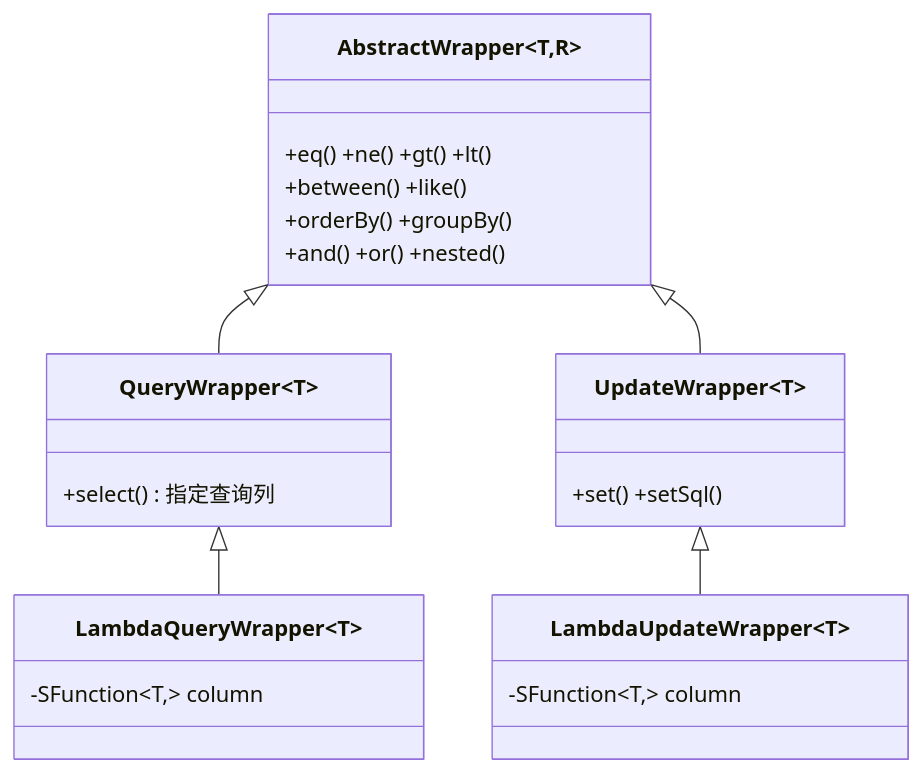
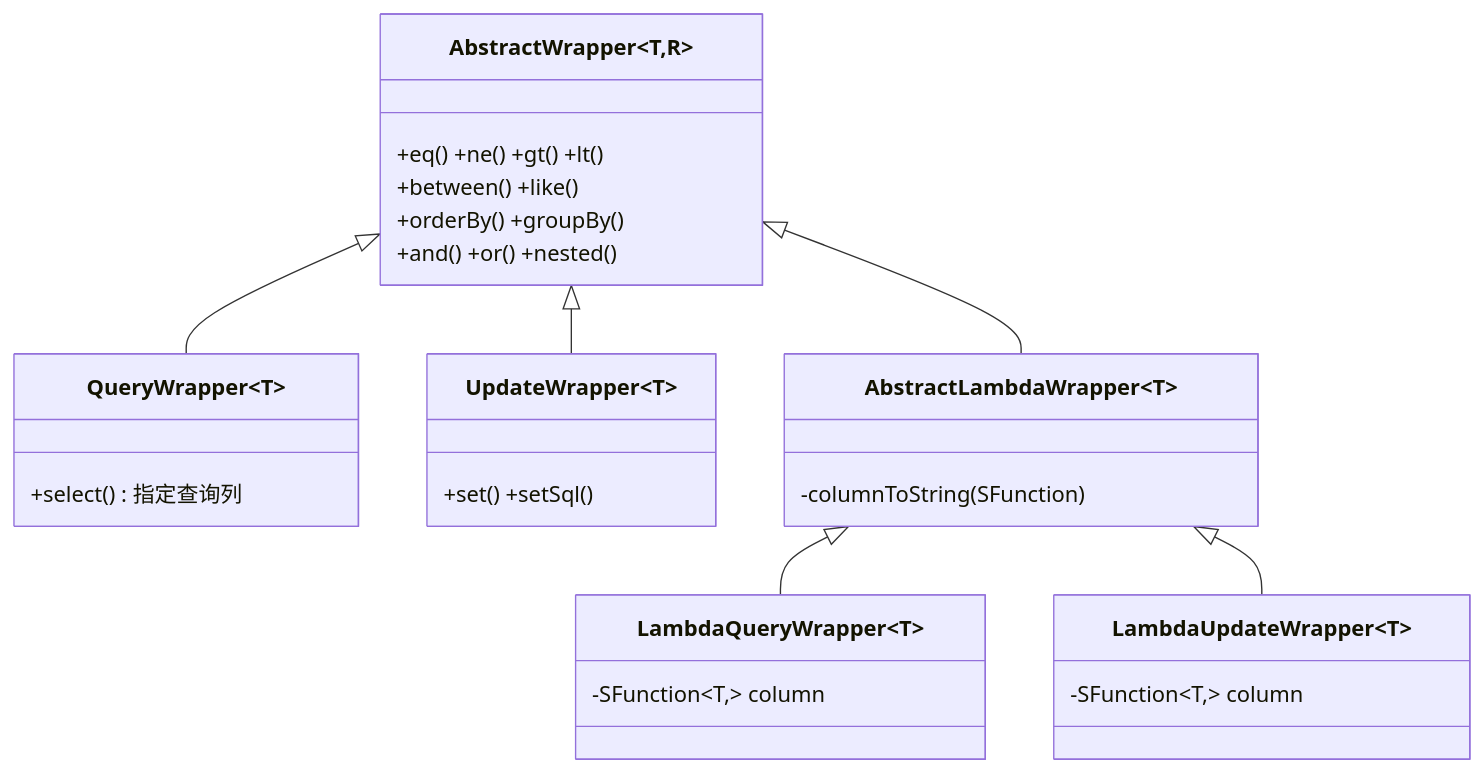
The diagram in 04.spring-backend/04-data/mybatis/04-mybatis-plus/03-wrapper-system.md (wb04307201/note), drawn with Mermaid before and after one commit. The commit also changed other lines of this file and 122 other files, not shown here.

````diff
--- a/04.spring-backend/04-data/mybatis/04-mybatis-plus/03-wrapper-system.md
+++ b/04.spring-backend/04-data/mybatis/04-mybatis-plus/03-wrapper-system.md
@@ -23,25 +23,29 @@
 ```mermaid
 classDiagram
     class AbstractWrapper~T,R~ {
         +eq() +ne() +gt() +lt()
         +between() +like()
         +orderBy() +groupBy()
         +and() +or() +nested()
     }
     class QueryWrapper~T~ {
         +select() 指定查询列
     }
     class UpdateWrapper~T~ {
         +set() +setSql()
     }
+    class AbstractLambdaWrapper~T~ {
+        -columnToString(SFunction)
+    }
     class LambdaQueryWrapper~T~ {
         -SFunction~T,~ column
     }
     class LambdaUpdateWrapper~T~ {
         -SFunction~T,~ column
     }
     AbstractWrapper <|-- QueryWrapper
     AbstractWrapper <|-- UpdateWrapper
-    QueryWrapper <|-- LambdaQueryWrapper
-    UpdateWrapper <|-- LambdaUpdateWrapper
+    AbstractWrapper <|-- AbstractLambdaWrapper
+    AbstractLambdaWrapper <|-- LambdaQueryWrapper
+    AbstractLambdaWrapper <|-- LambdaUpdateWrapper
 ```
````
